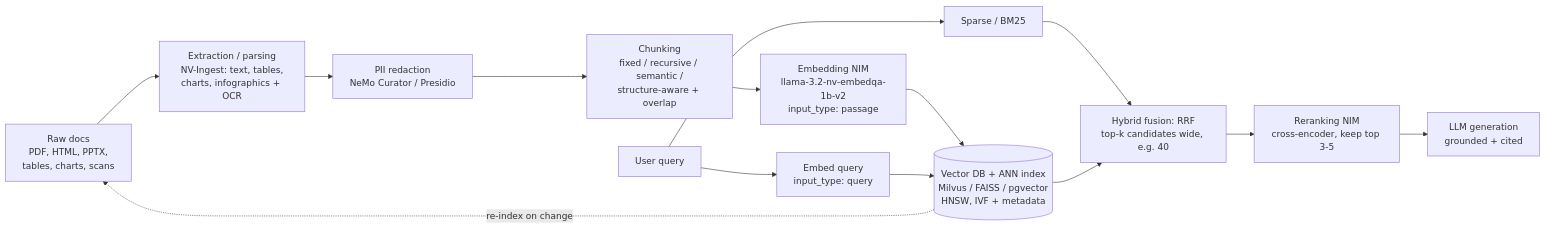
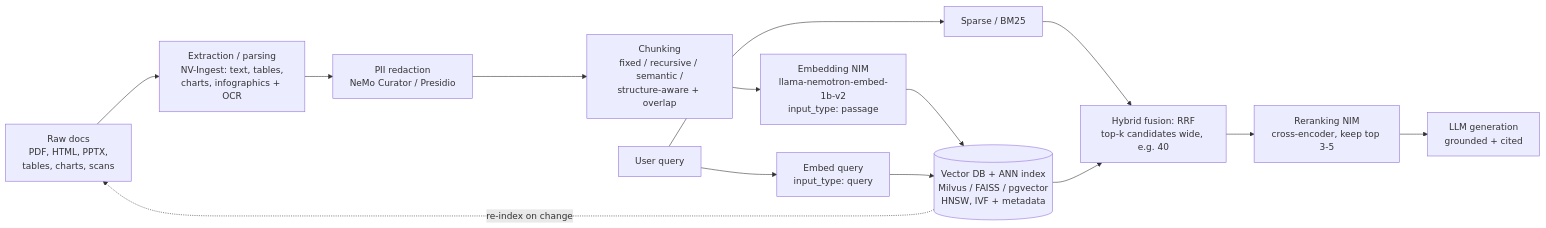
The diagram in notes/domain-06-knowledge-integration.md (praveenpke/ncp-aai-study-hub), drawn with Mermaid before and after one commit. The commit also changed other lines of this file and 27 other files, not shown here.

````diff
--- a/notes/domain-06-knowledge-integration.md
+++ b/notes/domain-06-knowledge-integration.md
@@ -11,14 +11,14 @@
 ```mermaid
 flowchart LR
     A[Raw docs<br/>PDF, HTML, PPTX,<br/>tables, charts, scans] --> B[Extraction / parsing<br/>NV-Ingest: text, tables,<br/>charts, infographics + OCR]
     B --> B2[PII redaction<br/>NeMo Curator / Presidio]
     B2 --> C[Chunking<br/>fixed / recursive / semantic /<br/>structure-aware + overlap]
-    C --> D[Embedding NIM<br/>llama-3.2-nv-embedqa-1b-v2<br/>input_type: passage]
+    C --> D[Embedding NIM<br/>llama-nemotron-embed-1b-v2<br/>input_type: passage]
     D --> E[(Vector DB + ANN index<br/>Milvus / FAISS / pgvector<br/>HNSW, IVF + metadata)]
     Q[User query] --> QE[Embed query<br/>input_type: query] --> E
     Q --> S[Sparse / BM25] --> F
     E --> F[Hybrid fusion: RRF<br/>top-k candidates wide, e.g. 40]
     F --> G[Reranking NIM<br/>cross-encoder, keep top 3-5]
     G --> H[LLM generation<br/>grounded + cited]
     E -. re-index on change .-> A
 ```
````
